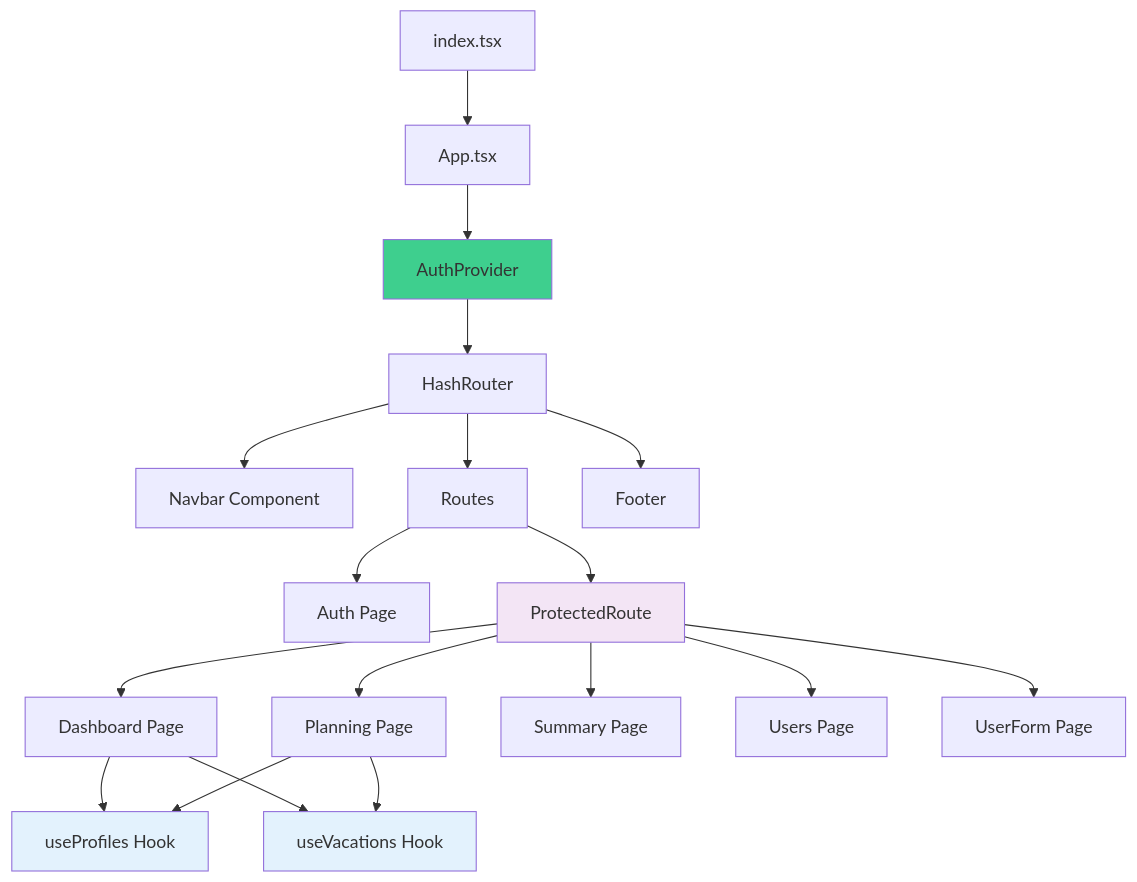
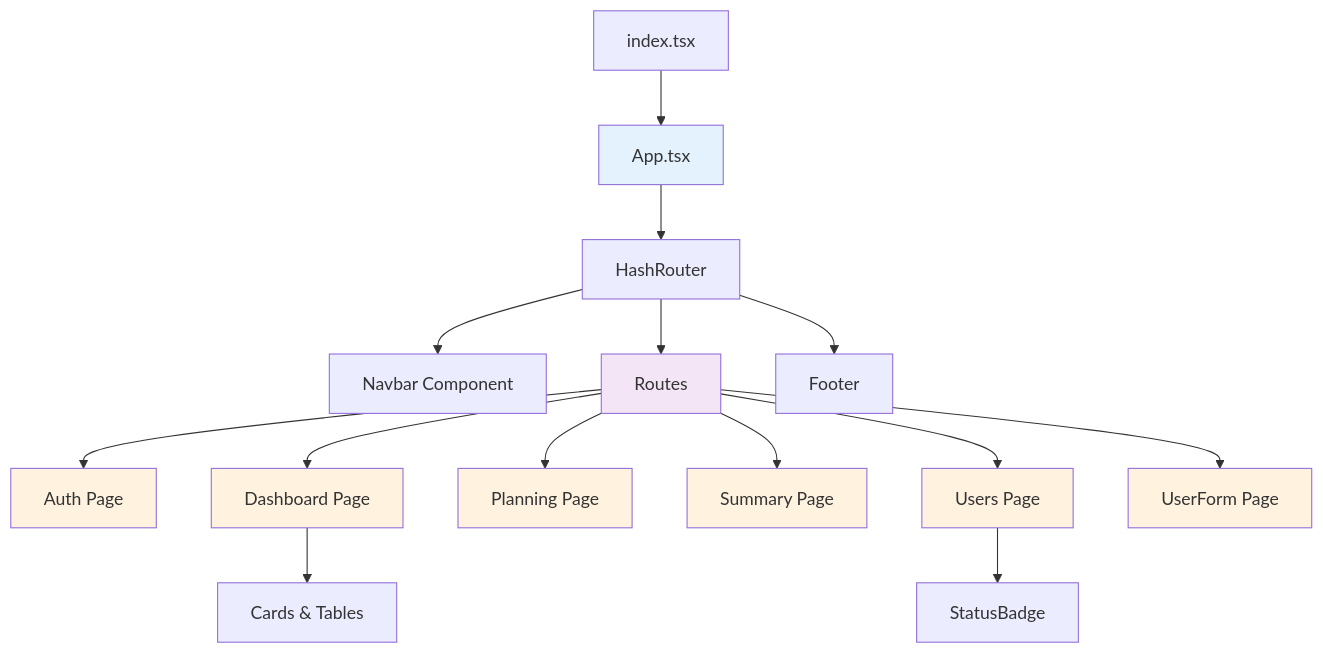
One commit to OlosLive/holidayGo changed the second of 11 diagrams in docs/ARCHITECTURE.md. Above: the diagram before and after it, drawn with Mermaid. The commit also changed other lines of this file and 8 other files, not shown here.

````diff
--- a/docs/ARCHITECTURE.md
+++ b/docs/ARCHITECTURE.md
@@ -77,31 +64,29 @@
 ```mermaid
 graph TD
     Root[index.tsx]
     Root --> App[App.tsx]
     
-    App --> AuthProvider[AuthProvider]
-    AuthProvider --> Router[HashRouter]
-    
+    App --> Router[HashRouter]
     Router --> Navbar[Navbar Component]
     Router --> Routes[Routes]
     Router --> Footer[Footer]
     
     Routes --> Auth[Auth Page]
-    Routes --> Protected[ProtectedRoute]
+    Routes --> Dashboard[Dashboard Page]
+    Routes --> Planning[Planning Page]
+    Routes --> Summary[Summary Page]
+    Routes --> Users[Users Page]
+    Routes --> UserForm[UserForm Page]
     
-    Protected --> Dashboard[Dashboard Page]
-    Protected --> Planning[Planning Page]
-    Protected --> Summary[Summary Page]
-    Protected --> Users[Users Page]
-    Protected --> UserForm[UserForm Page]
+    Dashboard --> StatusBadge1[Cards & Tables]
+    Users --> StatusBadge2[StatusBadge]
     
-    Dashboard --> useProfiles[useProfiles Hook]
-    Dashboard --> useVacations[useVacations Hook]
-    Planning --> useProfiles
-    Planning --> useVacations
-    
-    style AuthProvider fill:#3ECF8E
-    style Protected fill:#f3e5f5
-    style useProfiles fill:#e3f2fd
-    style useVacations fill:#e3f2fd
+    style App fill:#e3f2fd
+    style Routes fill:#f3e5f5
+    style Auth fill:#fff3e0
+    style Dashboard fill:#fff3e0
+    style Planning fill:#fff3e0
+    style Summary fill:#fff3e0
+    style Users fill:#fff3e0
+    style UserForm fill:#fff3e0
 ```
````
